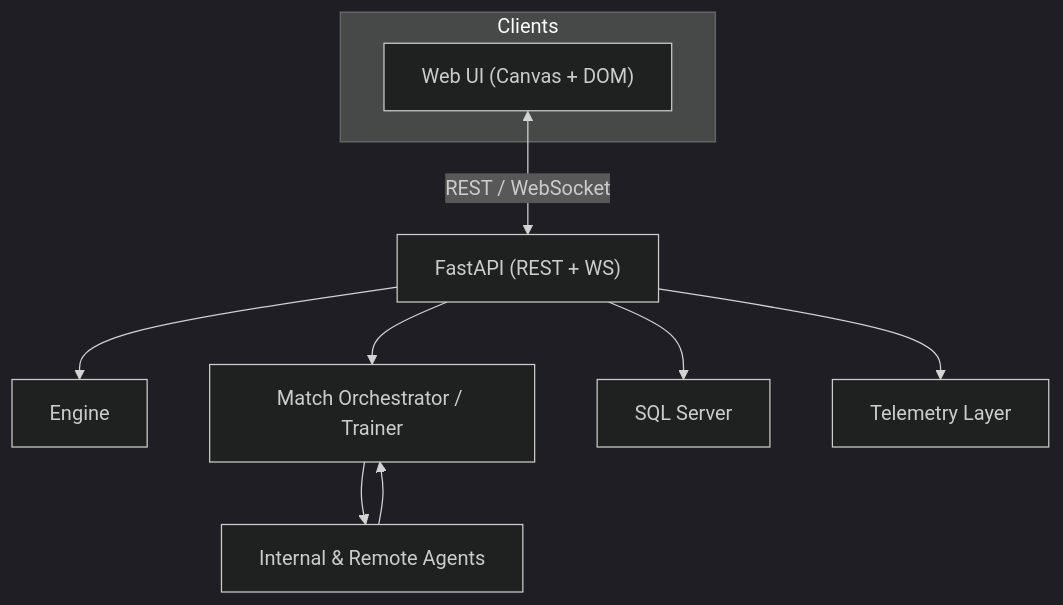
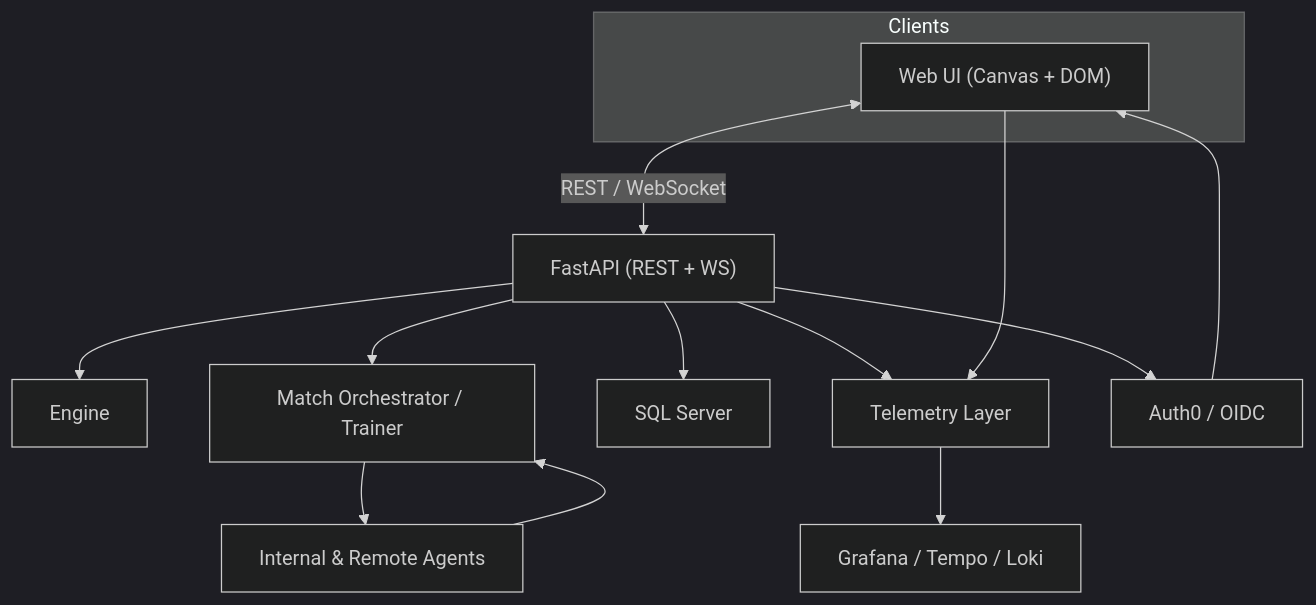
Before and after one commit to tucktuck101/battleship-rl: the second of 6 diagrams in docs/architecture.md, drawn with Mermaid (dark theme). The commit also changed other lines of this file, not shown here.

Commit message:
Fill architecture TODOs

````diff
--- a/docs/architecture.md
+++ b/docs/architecture.md
@@ -74,14 +74,19 @@
 ```mermaid
 flowchart TB
     subgraph Clients
         Browser["Web UI (Canvas + DOM)"]
     end
 
     Browser <-->|REST / WebSocket| API["FastAPI (REST + WS)"]
     API --> Engine
     API --> Orchestrator["Match Orchestrator / Trainer"]
     API --> SQL["SQL Server"]
     API --> Telemetry["Telemetry Layer"]
     Orchestrator --> Agents["Internal & Remote Agents"]
     Agents --> Orchestrator
+
+    API --> Auth0["Auth0 / OIDC"]
+    Auth0 --> Browser
+    Telemetry --> Observability["Grafana / Tempo / Loki"]
+    Browser --> Telemetry
 ```
````
